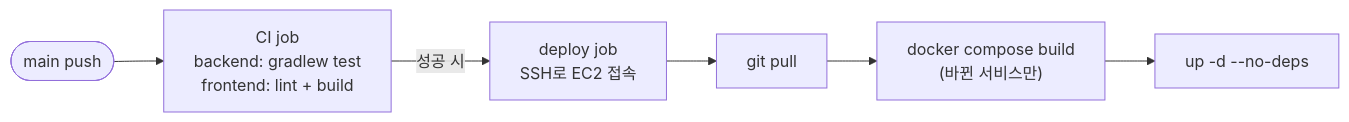
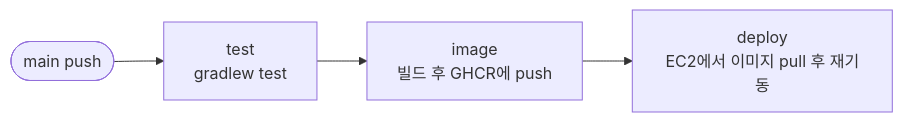
Before and after one commit to dongri-p/InMyTicket_JPA: the second of 2 diagrams in README.md, drawn with Mermaid. The commit also changed other lines of this file, not shown here.

Commit message:
docs: README CI/CD 설명을 GHCR 이미지 방식으로 갱신

````diff
--- a/README.md
+++ b/README.md
@@ -72,6 +72,6 @@
 ```mermaid
 flowchart LR
-    Push(["main push"]) --> CI["CI job<br/>backend: gradlew test<br/>frontend: lint + build"]
-    CI -- "성공 시" --> CD["deploy job<br/>SSH로 EC2 접속"]
-    CD --> Pull["git pull"] --> Build["docker compose build<br/>(바뀐 서비스만)"] --> Up["up -d --no-deps"]
+    Push(["main push"]) --> Test["test<br/>gradlew test"]
+    Test --> Image["image<br/>빌드 후 GHCR에 push"]
+    Image --> Deploy["deploy<br/>EC2에서 이미지 pull 후 재기동"]
 ```
````
